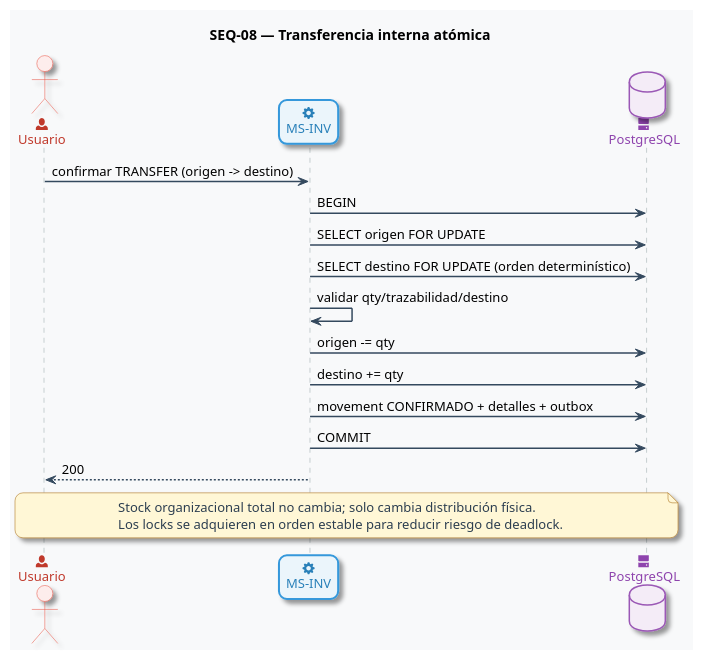
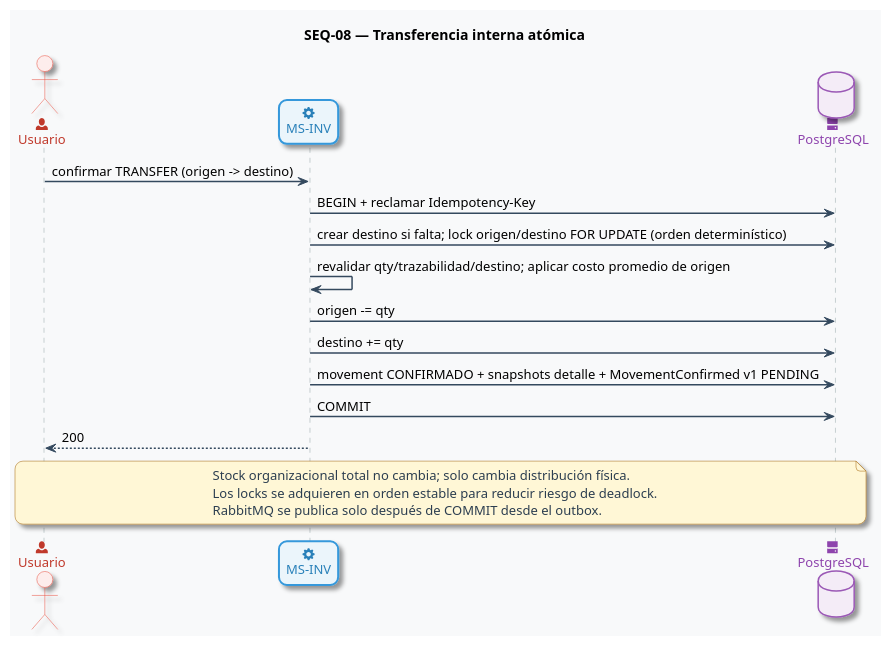
Before and after one commit to Emma3TC-main/siga-documentation: the diagram in SIGA_Documentacion_Tecnica_Final_v1.2/diagramas/secuencia/SEQ_08_Transferencia.puml, drawn with PlantUML. The commit also changed 40 other files, not shown here.

```diff
--- a/SIGA_Documentacion_Tecnica_Final_v1.2/diagramas/secuencia/SEQ_08_Transferencia.puml
+++ b/SIGA_Documentacion_Tecnica_Final_v1.2/diagramas/secuencia/SEQ_08_Transferencia.puml
@@ -1,89 +1,89 @@
 @startuml
 title SEQ-08 — Transferencia interna atómica
 
 ' --- Configuración visual (Skinparams) Mejorada ---
 skinparam shadowing true
 skinparam roundcorner 16
 skinparam defaultFontName "Segoe UI", Helvetica, Arial, sans-serif
 skinparam defaultFontSize 13
 skinparam BackgroundColor #F8F9FA
 
 ' Ocultar las etiquetas de los estereotipos para mantener un diseño limpio
 hide stereotype
 
 ' --- Estilos base para Secuencia ---
 skinparam sequence {
   ArrowColor #34495E
   ArrowThickness 1.5
   LifeLineBorderColor #95A5A6
   LifeLineBackgroundColor #ECF0F1
   
   ParticipantBorderThickness 2
   ParticipantPadding 20
   
   ' Estilos de Grupos (alt/else)
   GroupHeaderFontColor #2C3E50
   GroupHeaderBackgroundColor #EAECEE
   GroupBorderColor #ABB2B9
   GroupBorderThickness 1.5
   GroupBackgroundColor #FFFFFF
 }
 
 ' --- Paleta de Colores Diferenciada por Componente ---
 skinparam actor {
   BackgroundColor<<User>> #FDEDEC
   BorderColor<<User>> #E74C3C
   FontColor<<User>> #C0392B
 }
 skinparam participant {
   BackgroundColor<<Client>> #EAFAF1
   BorderColor<<Client>> #2ECC71
   FontColor<<Client>> #27AE60
 
   BackgroundColor<<Gateway>> #FEF9E7
   BorderColor<<Gateway>> #F1C40F
   FontColor<<Gateway>> #D4AC0D
 
   BackgroundColor<<Microservice>> #EBF5FB
   BorderColor<<Microservice>> #3498DB
   FontColor<<Microservice>> #2980B9
 }
 skinparam database {
   BackgroundColor<<RDBMS>> #F4ECF7
   BorderColor<<RDBMS>> #9B59B6
   FontColor<<RDBMS>> #8E44AD
 }
 skinparam queue {
   BackgroundColor<<Queue>> #FDEBD0
   BorderColor<<Queue>> #E67E22
   FontColor<<Queue>> #D35400
 }
 skinparam note {
   BackgroundColor #FFF7D6
   BorderColor #A16207
   FontColor #2C3E50
 }
 
 ' --- Declaración de Participantes con Iconos y Estereotipos ---
 actor "<size:18><&person></size>\nUsuario" as Usuario <<User>>
 participant "<size:18><&cog></size>\nMS-INV" as INV <<Microservice>>
 database "<size:18><&hard-drive></size>\nPostgreSQL" as DB <<RDBMS>>
 
 ' --- Lógica y Contenido Original ---
 Usuario -> INV : confirmar TRANSFER (origen -> destino)
-INV -> DB : BEGIN
-INV -> DB : SELECT origen FOR UPDATE
-INV -> DB : SELECT destino FOR UPDATE (orden determinístico)
-INV -> INV : validar qty/trazabilidad/destino
+INV -> DB : BEGIN + reclamar Idempotency-Key
+INV -> DB : crear destino si falta; lock origen/destino FOR UPDATE (orden determinístico)
+INV -> INV : revalidar qty/trazabilidad/destino; aplicar costo promedio de origen
 INV -> DB : origen -= qty
 INV -> DB : destino += qty
-INV -> DB : movement CONFIRMADO + detalles + outbox
+INV -> DB : movement CONFIRMADO + snapshots detalle + MovementConfirmed v1 PENDING
 INV -> DB : COMMIT
 INV --> Usuario : 200
 
 
 note over Usuario, DB
 Stock organizacional total no cambia; solo cambia distribución física.
 Los locks se adquieren en orden estable para reducir riesgo de deadlock.
+RabbitMQ se publica solo después de COMMIT desde el outbox.
 end note
 @enduml
```
